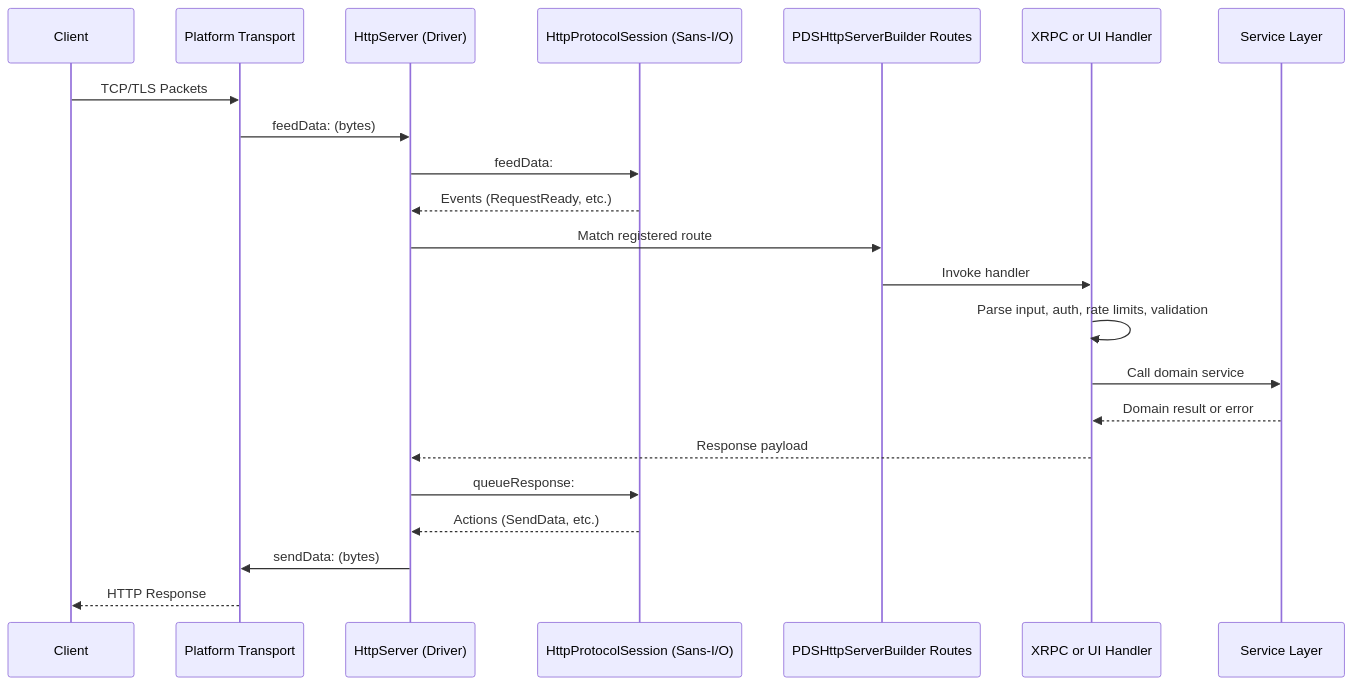
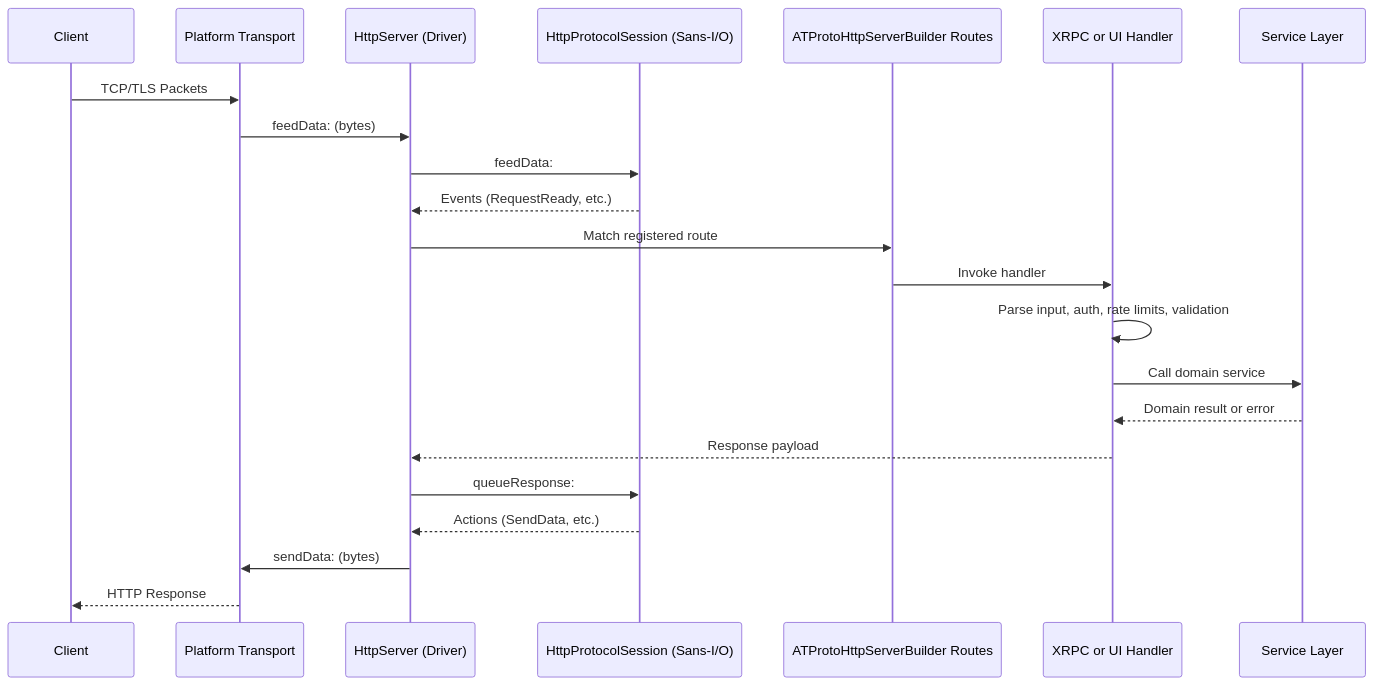
The diagram in docs/01-getting-started/request-lifecycle.md (jvalinsky/garazyk), drawn with Mermaid before and after one commit. The commit also changed other lines of this file and 234 other files, not shown here.

````diff
--- a/docs/01-getting-started/request-lifecycle.md
+++ b/docs/01-getting-started/request-lifecycle.md
@@ -11,25 +11,25 @@
 ```mermaid
 sequenceDiagram
   participant C as Client
   participant T as Platform Transport
   participant H as HttpServer (Driver)
   participant P as HttpProtocolSession (Sans-I/O)
-  participant B as PDSHttpServerBuilder Routes
+  participant B as ATProtoHttpServerBuilder Routes
   participant X as XRPC or UI Handler
   participant S as Service Layer
 
   C->>T: TCP/TLS Packets
   T->>H: feedData: (bytes)
   H->>P: feedData:
   P-->>H: Events (RequestReady, etc.)
   H->>B: Match registered route
   B->>X: Invoke handler
   X->>X: Parse input, auth, rate limits, validation
   X->>S: Call domain service
   S-->>X: Domain result or error
   X-->>H: Response payload
   H->>P: queueResponse:
   P-->>H: Actions (SendData, etc.)
   H->>T: sendData: (bytes)
   T-->>C: HTTP Response
 ```
````
